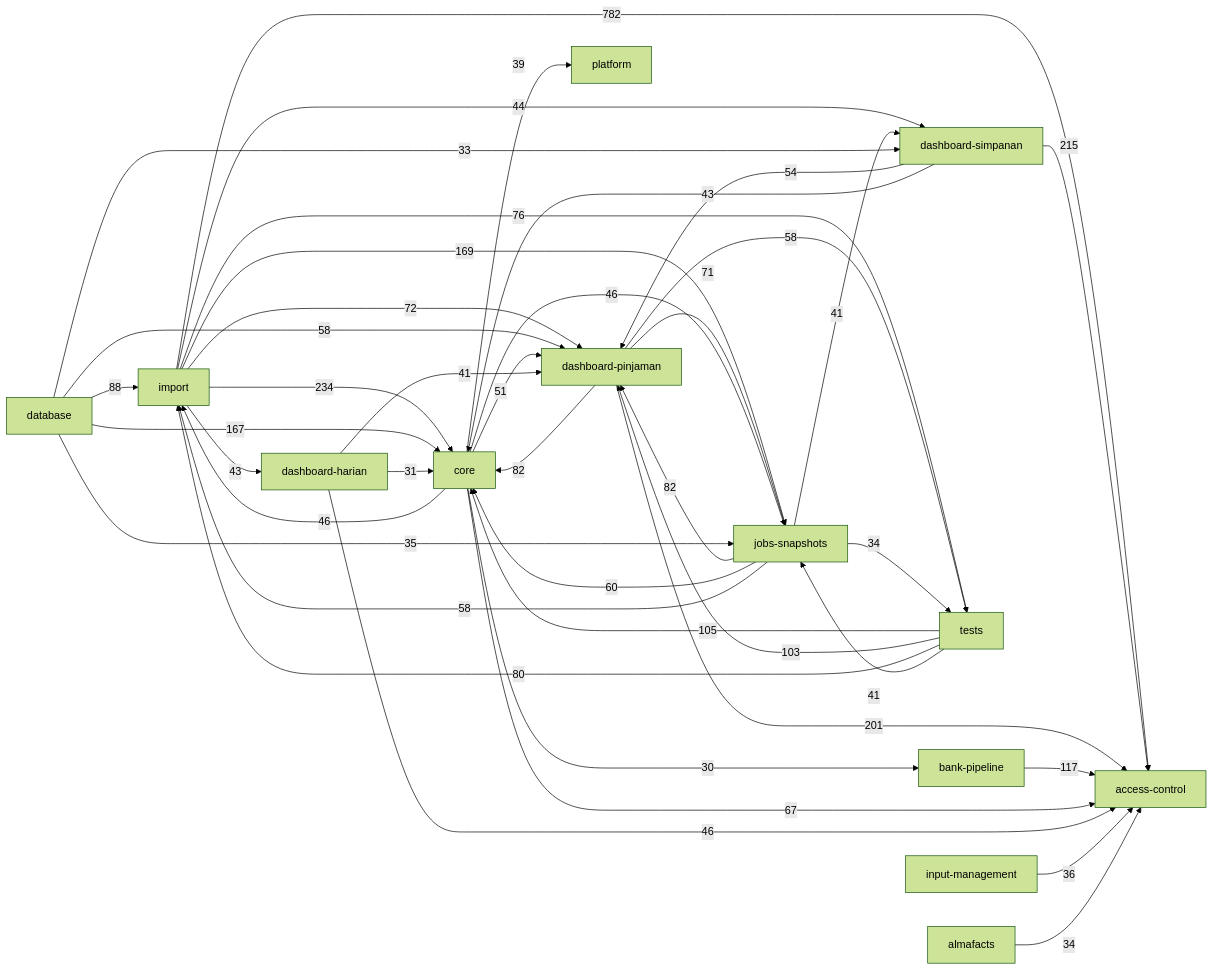
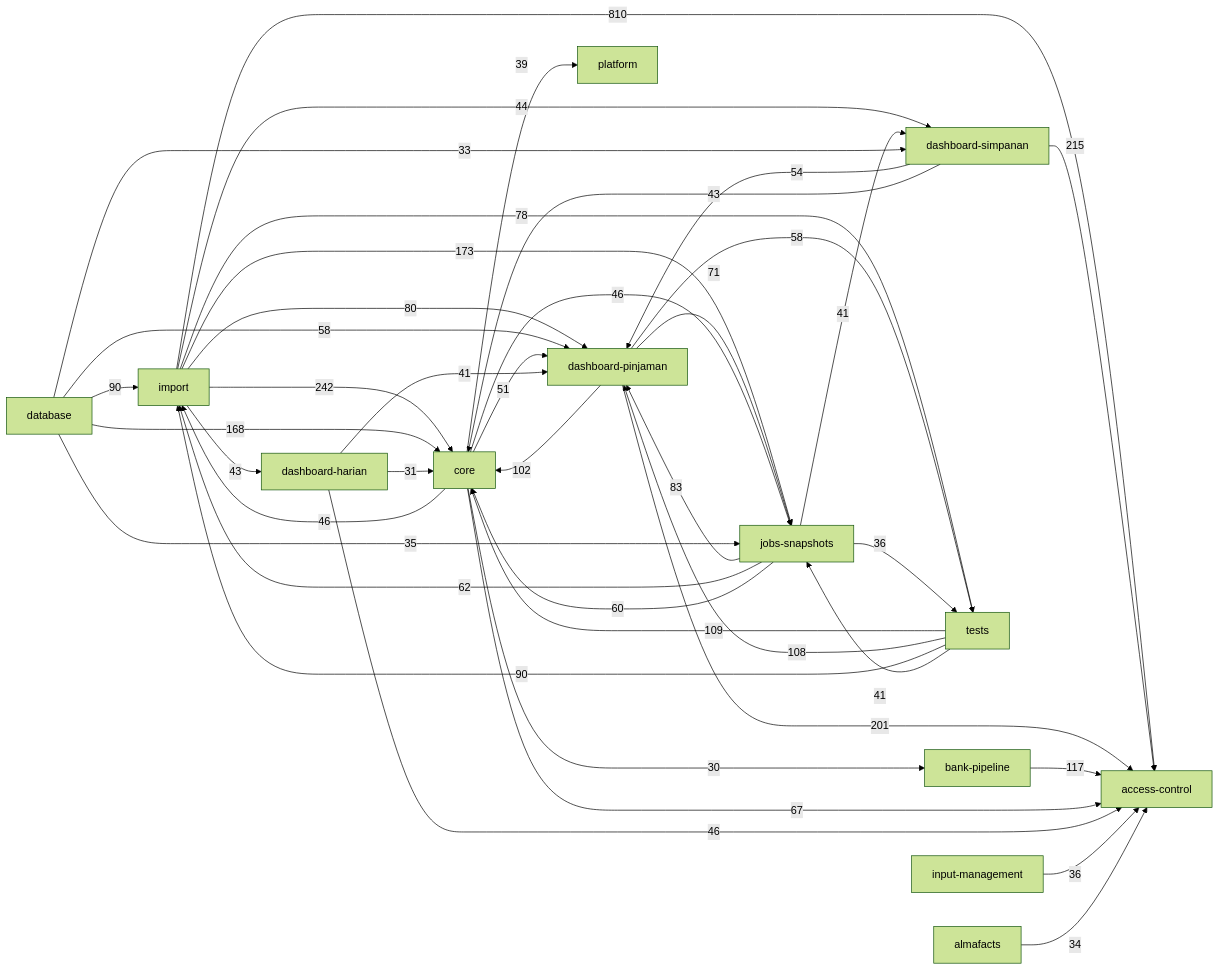
One commit to RizalloN/project-abah changed the diagram in docs/knowledge-graph/ARCHITECTURE.md. Above: the diagram before and after it, drawn with Mermaid (forest theme). The commit also changed other lines of this file and 193 other files, not shown here.

First line of the commit message:
Add unit tests for dashboard and import services

````diff
--- a/docs/knowledge-graph/ARCHITECTURE.md
+++ b/docs/knowledge-graph/ARCHITECTURE.md
@@ -5,43 +5,43 @@
 ```mermaid
 flowchart LR
-    d_d942f64886["import"] -->|782| d_c393a69167["access-control"]
-    d_d942f64886["import"] -->|234| d_0d45f5fd46["core"]
+    d_d942f64886["import"] -->|810| d_c393a69167["access-control"]
+    d_d942f64886["import"] -->|242| d_0d45f5fd46["core"]
     d_90026ec21f["dashboard-simpanan"] -->|215| d_c393a69167["access-control"]
     d_c1933689a3["dashboard-pinjaman"] -->|201| d_c393a69167["access-control"]
-    d_d942f64886["import"] -->|169| d_7c16aa6a77["jobs-snapshots"]
-    d_3549b0028b["database"] -->|167| d_0d45f5fd46["core"]
+    d_d942f64886["import"] -->|173| d_7c16aa6a77["jobs-snapshots"]
+    d_3549b0028b["database"] -->|168| d_0d45f5fd46["core"]
     d_39bcb775e4["bank-pipeline"] -->|117| d_c393a69167["access-control"]
-    d_59830ebc3a["tests"] -->|105| d_0d45f5fd46["core"]
-    d_59830ebc3a["tests"] -->|103| d_c1933689a3["dashboard-pinjaman"]
-    d_3549b0028b["database"] -->|88| d_d942f64886["import"]
-    d_7c16aa6a77["jobs-snapshots"] -->|82| d_c1933689a3["dashboard-pinjaman"]
-    d_c1933689a3["dashboard-pinjaman"] -->|82| d_0d45f5fd46["core"]
-    d_59830ebc3a["tests"] -->|80| d_d942f64886["import"]
-    d_d942f64886["import"] -->|76| d_59830ebc3a["tests"]
-    d_d942f64886["import"] -->|72| d_c1933689a3["dashboard-pinjaman"]
+    d_59830ebc3a["tests"] -->|109| d_0d45f5fd46["core"]
+    d_59830ebc3a["tests"] -->|108| d_c1933689a3["dashboard-pinjaman"]
+    d_c1933689a3["dashboard-pinjaman"] -->|102| d_0d45f5fd46["core"]
+    d_3549b0028b["database"] -->|90| d_d942f64886["import"]
+    d_59830ebc3a["tests"] -->|90| d_d942f64886["import"]
+    d_7c16aa6a77["jobs-snapshots"] -->|83| d_c1933689a3["dashboard-pinjaman"]
+    d_d942f64886["import"] -->|80| d_c1933689a3["dashboard-pinjaman"]
+    d_d942f64886["import"] -->|78| d_59830ebc3a["tests"]
     d_c1933689a3["dashboard-pinjaman"] -->|71| d_7c16aa6a77["jobs-snapshots"]
     d_0d45f5fd46["core"] -->|67| d_c393a69167["access-control"]
+    d_7c16aa6a77["jobs-snapshots"] -->|62| d_d942f64886["import"]
     d_7c16aa6a77["jobs-snapshots"] -->|60| d_0d45f5fd46["core"]
     d_3549b0028b["database"] -->|58| d_c1933689a3["dashboard-pinjaman"]
-    d_7c16aa6a77["jobs-snapshots"] -->|58| d_d942f64886["import"]
     d_c1933689a3["dashboard-pinjaman"] -->|58| d_59830ebc3a["tests"]
     d_90026ec21f["dashboard-simpanan"] -->|54| d_c1933689a3["dashboard-pinjaman"]
     d_0d45f5fd46["core"] -->|51| d_c1933689a3["dashboard-pinjaman"]
     d_0d45f5fd46["core"] -->|46| d_7c16aa6a77["jobs-snapshots"]
     d_0d45f5fd46["core"] -->|46| d_d942f64886["import"]
     d_a0a49fdd98["dashboard-harian"] -->|46| d_c393a69167["access-control"]
     d_d942f64886["import"] -->|44| d_90026ec21f["dashboard-simpanan"]
     d_90026ec21f["dashboard-simpanan"] -->|43| d_0d45f5fd46["core"]
     d_d942f64886["import"] -->|43| d_a0a49fdd98["dashboard-harian"]
     d_7c16aa6a77["jobs-snapshots"] -->|41| d_90026ec21f["dashboard-simpanan"]
     d_a0a49fdd98["dashboard-harian"] -->|41| d_c1933689a3["dashboard-pinjaman"]
     d_59830ebc3a["tests"] -->|41| d_7c16aa6a77["jobs-snapshots"]
     d_0d45f5fd46["core"] -->|39| d_d294fcce0c["platform"]
     d_b70a9d941d["input-management"] -->|36| d_c393a69167["access-control"]
+    d_7c16aa6a77["jobs-snapshots"] -->|36| d_59830ebc3a["tests"]
     d_3549b0028b["database"] -->|35| d_7c16aa6a77["jobs-snapshots"]
     d_b89824cc5a["almafacts"] -->|34| d_c393a69167["access-control"]
-    d_7c16aa6a77["jobs-snapshots"] -->|34| d_59830ebc3a["tests"]
     d_3549b0028b["database"] -->|33| d_90026ec21f["dashboard-simpanan"]
     d_a0a49fdd98["dashboard-harian"] -->|31| d_0d45f5fd46["core"]
     d_0d45f5fd46["core"] -->|30| d_39bcb775e4["bank-pipeline"]
 ```
````
